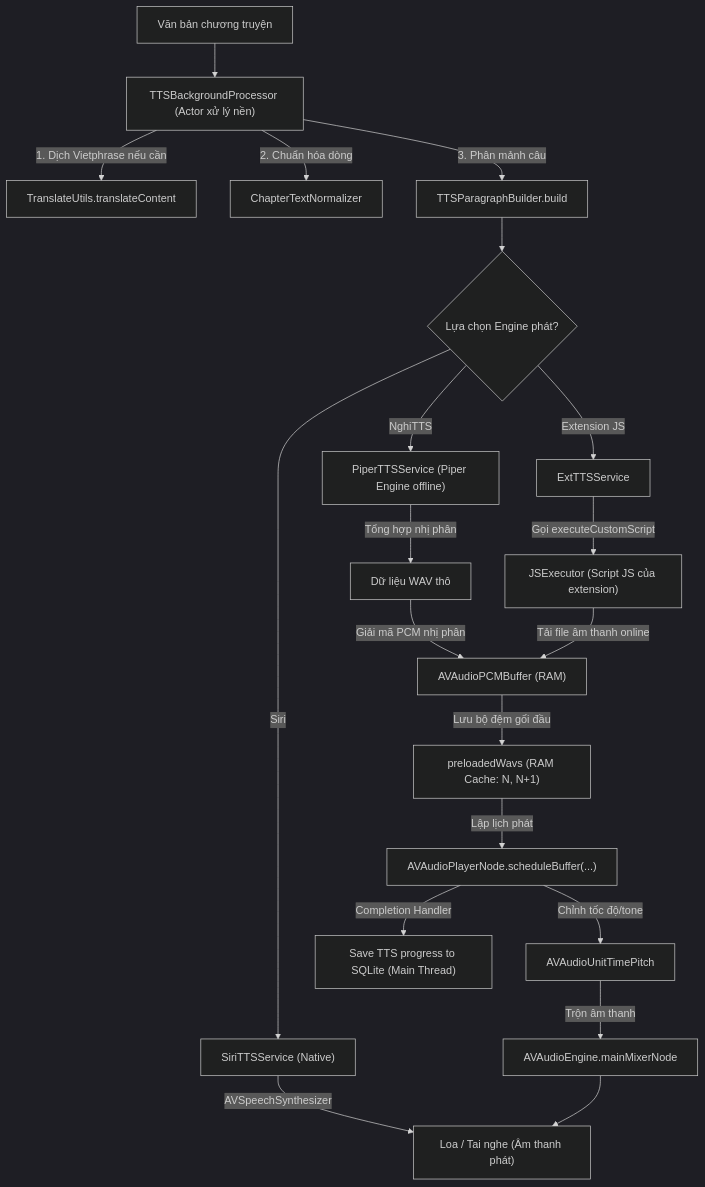
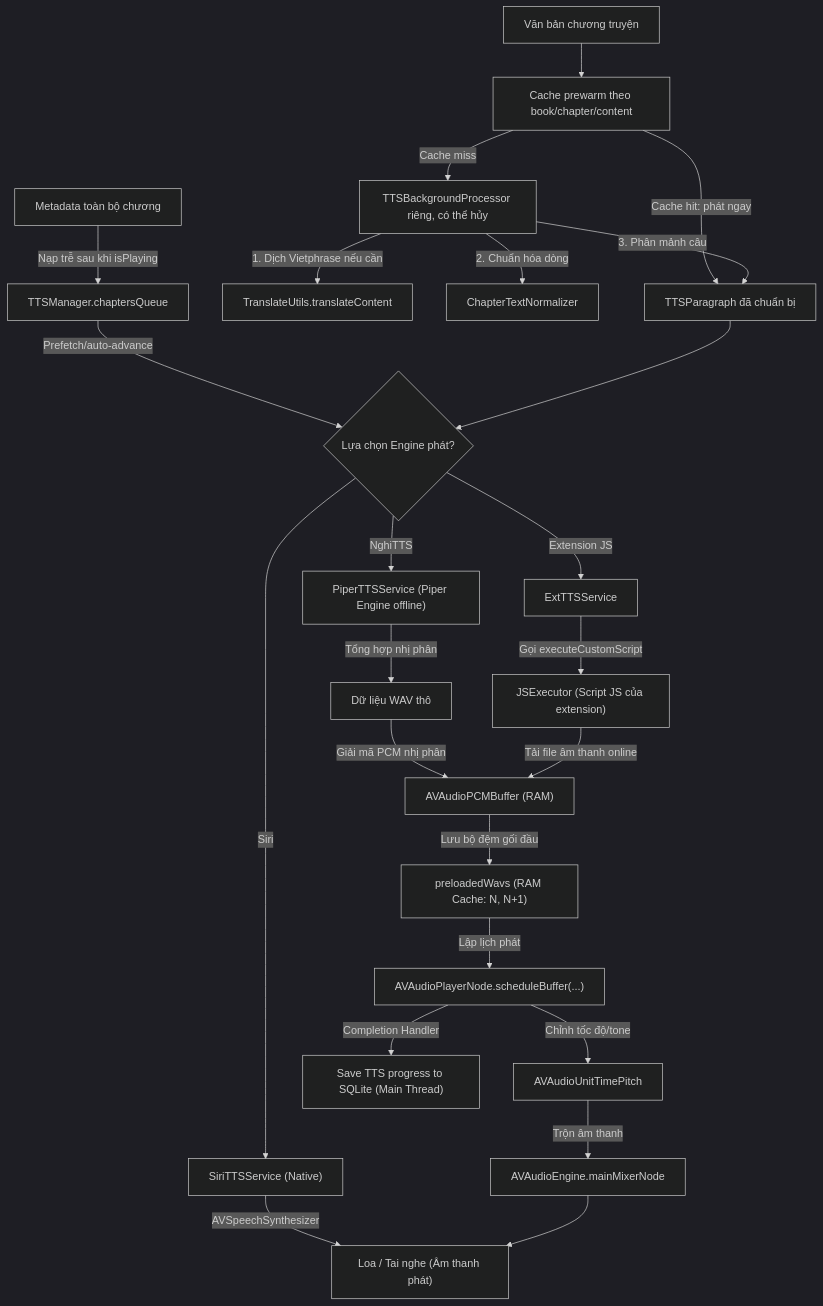
One commit to buudvh/FreeBook changed the second of 2 diagrams in Docs/CodeGraph/07_dataflow.md. Above: the diagram before and after it, drawn with Mermaid (dark theme). The commit also changed 13 other files, not shown here.

Commit message:
- Tối ưu độ trễ khởi động TTS và giữ điều hướng Reader độc lập

````diff
--- a/Docs/CodeGraph/07_dataflow.md
+++ b/Docs/CodeGraph/07_dataflow.md
@@ -82,32 +82,36 @@
 ```mermaid
 graph TD
-    TextSource["Văn bản chương truyện"] --> Processor["TTSBackgroundProcessor (Actor xử lý nền)"]
+    TextSource["Văn bản chương truyện"] --> Prewarm["Cache prewarm theo book/chapter/content"]
+    Prewarm -->|Cache hit: phát ngay| Paragraphs["TTSParagraph đã chuẩn bị"]
+    Prewarm -->|Cache miss| Processor["TTSBackgroundProcessor riêng, có thể hủy"]
     Processor -->|1. Dịch Vietphrase nếu cần| Translate["TranslateUtils.translateContent"]
     Processor -->|2. Chuẩn hóa dòng| Normalizer["ChapterTextNormalizer"]
-    Processor -->|3. Phân mảnh câu| Paragraphs["TTSParagraphBuilder.build"]
+    Processor -->|3. Phân mảnh câu| Paragraphs
+    ReaderQueue["Metadata toàn bộ chương"] -->|Nạp trễ sau khi isPlaying| Queue["TTSManager.chaptersQueue"]
+    Queue -->|Prefetch/auto-advance| EngineSelect
     
     Paragraphs --> EngineSelect{"Lựa chọn Engine phát?"}
     
     %% Engine Siri
     EngineSelect -->|Siri| Siri["SiriTTSService (Native)"]
     Siri -->|AVSpeechSynthesizer| AudioOut["Loa / Tai nghe (Âm thanh phát)"]
     
     %% Engine NghiTTS
     EngineSelect -->|NghiTTS| Nghi["PiperTTSService (Piper Engine offline)"]
     Nghi -->|Tổng hợp nhị phân| WavData["Dữ liệu WAV thô"]
     WavData -->|Giải mã PCM nhị phân| PCMBuffer["AVAudioPCMBuffer (RAM)"]
     
     %% Engine JS Extension
     EngineSelect -->|Extension JS| ExtTTS["ExtTTSService"]
     ExtTTS -->|Gọi executeCustomScript| JS["JSExecutor (Script JS của extension)"]
     JS -->|Tải file âm thanh online| PCMBuffer
     
     PCMBuffer -->|Lưu bộ đệm gối đầu| PreWav["preloadedWavs (RAM Cache: N, N+1)"]
     PreWav -->|Lập lịch phát| PlayerNode["AVAudioPlayerNode.scheduleBuffer(...)"]
     PlayerNode -->|Chỉnh tốc độ/tone| TimePitch["AVAudioUnitTimePitch"]
     TimePitch -->|Trộn âm thanh| Mixer["AVAudioEngine.mainMixerNode"]
     Mixer --> AudioOut
     
     %% Ghi nhận trạng thái
     PlayerNode -->|Completion Handler| DBProgress["Save TTS progress to SQLite (Main Thread)"]
 ```
````
